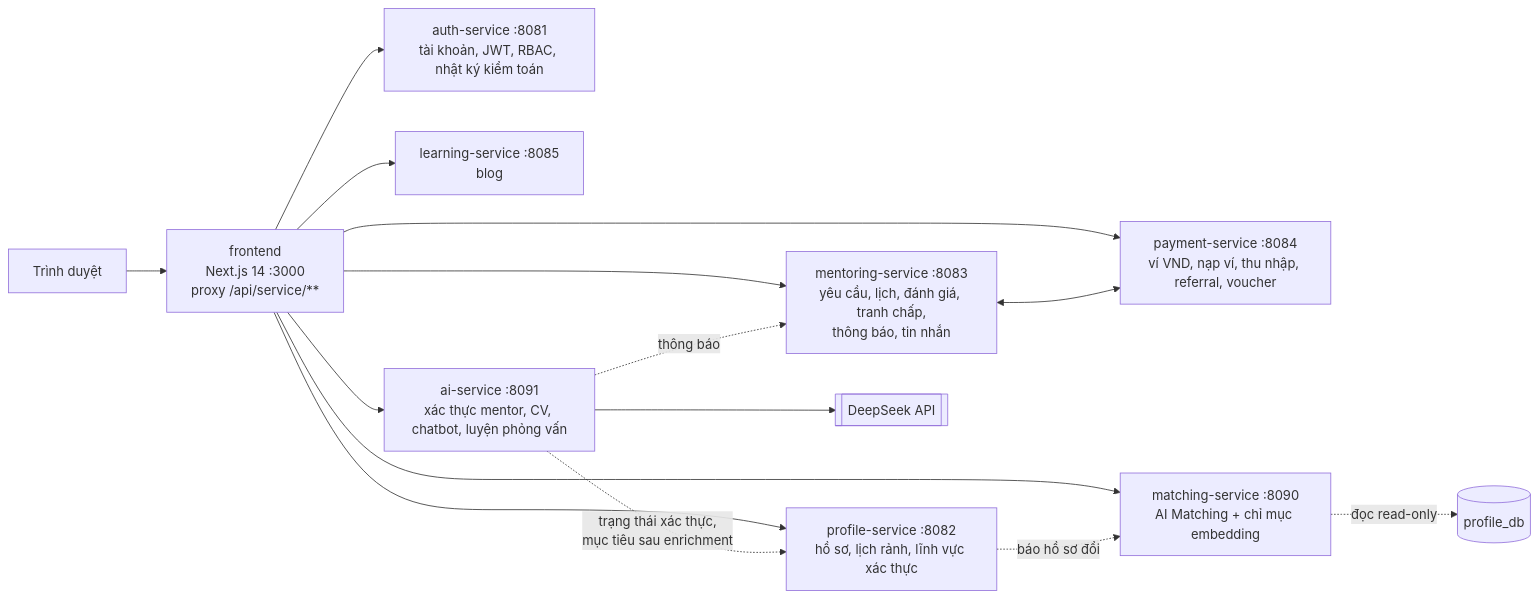
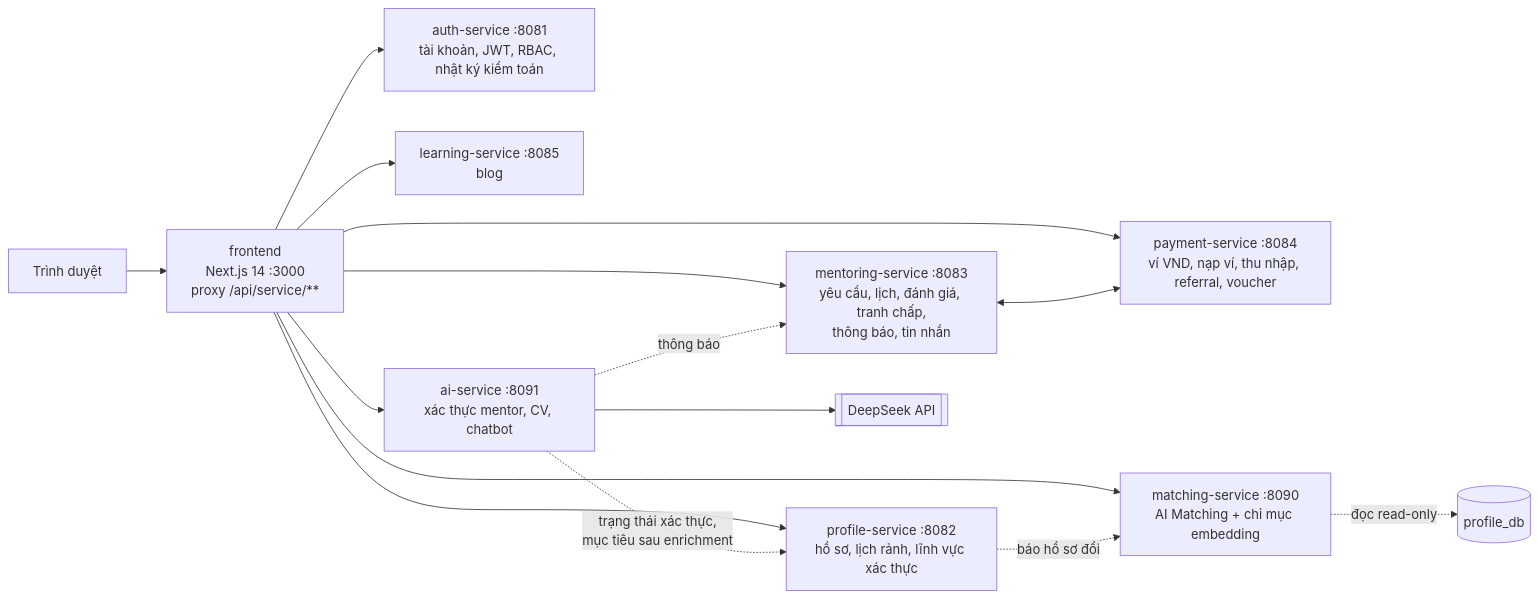
One commit to quangpham10212004/do_an_2026 changed the diagram in README.md. Above: the diagram before and after it, drawn with Mermaid. The commit also changed other lines of this file and 31 other files, not shown here.

First line of the commit message:
refactor(ai): bỏ tính năng luyện phỏng vấn với AI của mentee

````diff
--- a/README.md
+++ b/README.md
@@ -33,17 +33,17 @@
 ```mermaid
 flowchart LR
     B[Trình duyệt] --> FE[frontend<br/>Next.js 14 :3000<br/>proxy /api/service/**]
     FE --> AUTH[auth-service :8081<br/>tài khoản, JWT, RBAC, nhật ký kiểm toán]
     FE --> PROFILE[profile-service :8082<br/>hồ sơ, lịch rảnh, lĩnh vực xác thực]
     FE --> MENTORING[mentoring-service :8083<br/>yêu cầu, lịch, đánh giá, tranh chấp,<br/>thông báo, tin nhắn]
     FE --> PAYMENT[payment-service :8084<br/>ví VND, nạp ví, thu nhập, referral, voucher]
     FE --> LEARNING[learning-service :8085<br/>blog]
     FE --> MATCHING[matching-service :8090<br/>AI Matching + chỉ mục embedding]
-    FE --> AI[ai-service :8091<br/>xác thực mentor, CV, chatbot, luyện phỏng vấn]
+    FE --> AI[ai-service :8091<br/>xác thực mentor, CV, chatbot]
     PROFILE -. "báo hồ sơ đổi" .-> MATCHING
     MATCHING -. "đọc read-only" .-> PDB[(profile_db)]
     AI -. "trạng thái xác thực,<br/>mục tiêu sau enrichment" .-> PROFILE
     AI -. "thông báo" .-> MENTORING
     MENTORING <--> PAYMENT
     AI --> DS[[DeepSeek API]]
 ```
````
